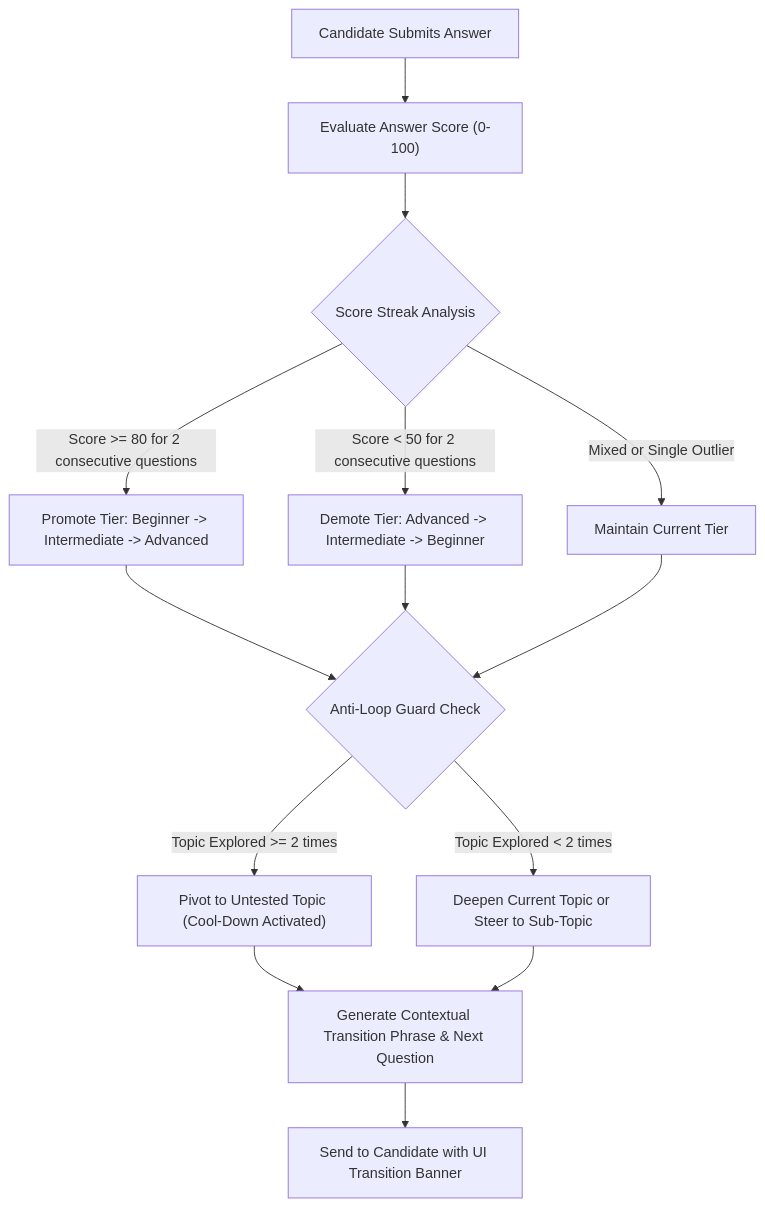
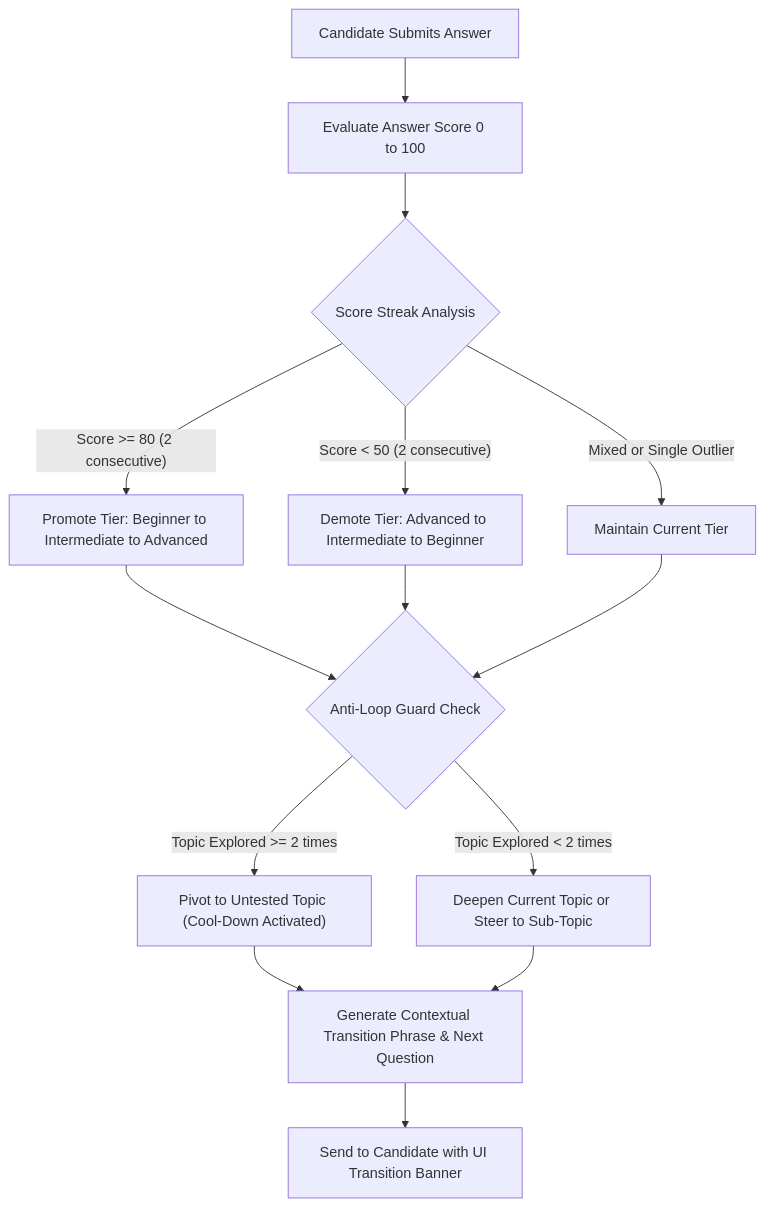
One commit to KRISHNA-0425/Prepper changed the fourth of 6 diagrams in README.md. Above: the diagram before and after it, drawn with Mermaid. The commit also changed other lines of this file, not shown here.

Commit message:
fix(docs): resolve GitHub Mermaid parsing errors by quoting link labels and normalizing state/ER diagram syntax

````diff
--- a/README.md
+++ b/README.md
@@ -272,21 +264,21 @@
 ```mermaid
 flowchart TD
-    StartQ["Candidate Submits Answer"] --> Eval["Evaluate Answer Score (0-100)"]
+    StartQ["Candidate Submits Answer"] --> Eval["Evaluate Answer Score 0 to 100"]
     Eval --> CheckStreak{"Score Streak Analysis"}
 
-    CheckStreak -->|Score >= 80 for 2 consecutive questions| LevelUp["Promote Tier: Beginner -> Intermediate -> Advanced"]
-    CheckStreak -->|Score < 50 for 2 consecutive questions| LevelDown["Demote Tier: Advanced -> Intermediate -> Beginner"]
-    CheckStreak -->|Mixed or Single Outlier| Maintain["Maintain Current Tier"]
+    CheckStreak -->|"Score >= 80 (2 consecutive)"| LevelUp["Promote Tier: Beginner to Intermediate to Advanced"]
+    CheckStreak -->|"Score < 50 (2 consecutive)"| LevelDown["Demote Tier: Advanced to Intermediate to Beginner"]
+    CheckStreak -->|"Mixed or Single Outlier"| Maintain["Maintain Current Tier"]
 
     LevelUp --> CheckLoop{"Anti-Loop Guard Check"}
     LevelDown --> CheckLoop
     Maintain --> CheckLoop
 
-    CheckLoop -->|Topic Explored >= 2 times| PivotTopic["Pivot to Untested Topic (Cool-Down Activated)"]
-    CheckLoop -->|Topic Explored < 2 times| KeepTopic["Deepen Current Topic or Steer to Sub-Topic"]
+    CheckLoop -->|"Topic Explored >= 2 times"| PivotTopic["Pivot to Untested Topic (Cool-Down Activated)"]
+    CheckLoop -->|"Topic Explored < 2 times"| KeepTopic["Deepen Current Topic or Steer to Sub-Topic"]
 
     PivotTopic --> Formulate["Generate Contextual Transition Phrase & Next Question"]
     KeepTopic --> Formulate
 
     Formulate --> Emit["Send to Candidate with UI Transition Banner"]
 ```
````
